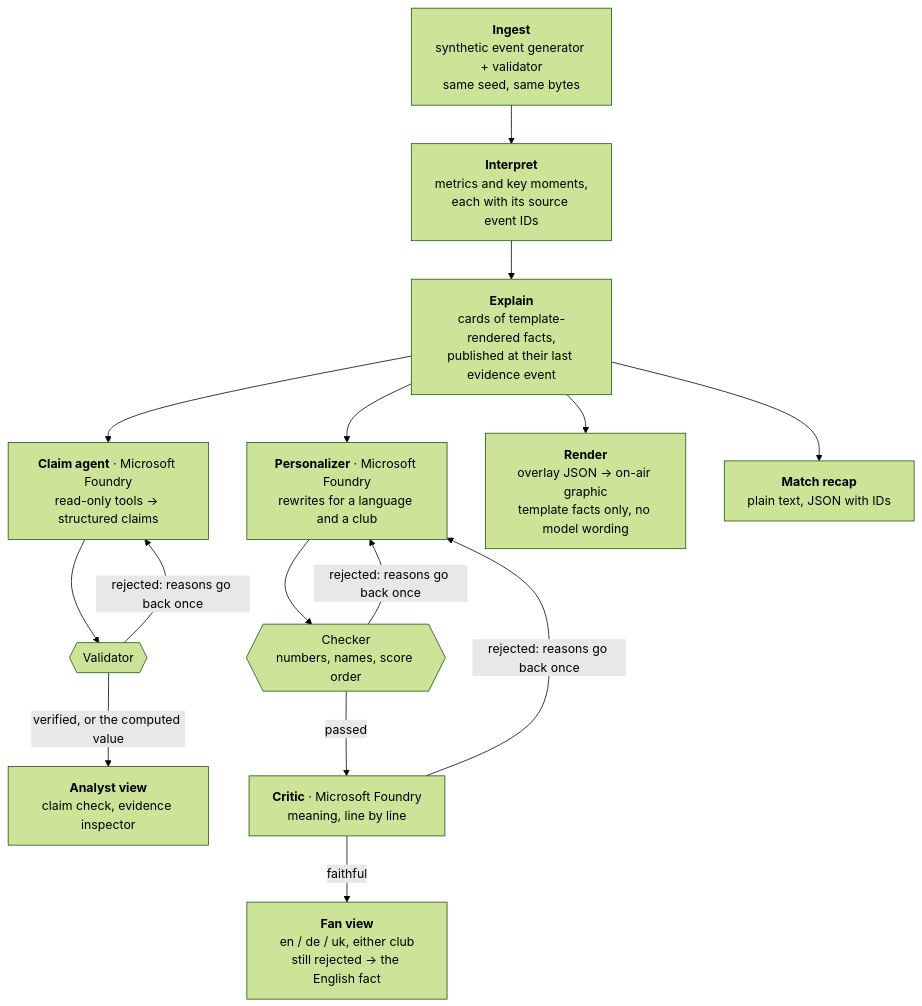
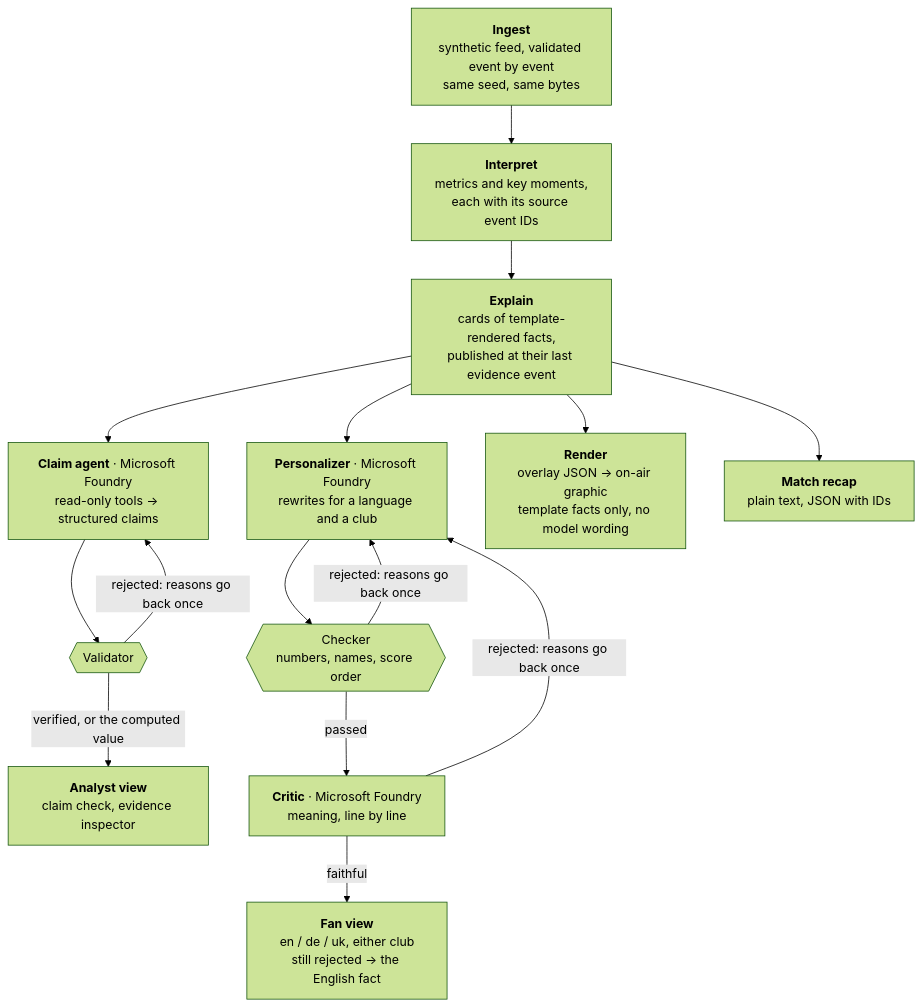
Before and after one commit to vbabenko97/matchlens-ai: the first of 2 diagrams in README.md, drawn with Mermaid (forest theme). The commit also changed other lines of this file and 13 other files, not shown here.

First line of the commit message:
Event-by-event processing: a synthetic feed in, cards out as they are known (#27)

````diff
--- a/README.md
+++ b/README.md
@@ -40,17 +41,17 @@
 ```mermaid
 flowchart TD
-  A["<b>Ingest</b><br/>synthetic event generator + validator<br/>same seed, same bytes"] --> B["<b>Interpret</b><br/>metrics and key moments,<br/>each with its source event IDs"]
+  A["<b>Ingest</b><br/>synthetic feed, validated event by event<br/>same seed, same bytes"] --> B["<b>Interpret</b><br/>metrics and key moments,<br/>each with its source event IDs"]
   B --> C["<b>Explain</b><br/>cards of template-rendered facts,<br/>published at their last evidence event"]
   C --> D["<b>Claim agent</b> · Microsoft Foundry<br/>read-only tools → structured claims"]
   D --> E{{"Validator"}}
   E -- "rejected: reasons go back once" --> D
   E -- "verified, or the computed value" --> F["<b>Analyst view</b><br/>claim check, evidence inspector"]
   C --> G["<b>Personalizer</b> · Microsoft Foundry<br/>rewrites for a language and a club"]
   G --> H{{"Checker<br/>numbers, names, score order"}}
   H -- "passed" --> I["<b>Critic</b> · Microsoft Foundry<br/>meaning, line by line"]
   H -- "rejected: reasons go back once" --> G
   I -- "rejected: reasons go back once" --> G
   I -- "faithful" --> J["<b>Fan view</b><br/>en / de / uk, either club<br/>still rejected → the English fact"]
   C --> K["<b>Render</b><br/>overlay JSON → on-air graphic<br/>template facts only, no model wording"]
   C --> L["<b>Match recap</b><br/>plain text, JSON with IDs"]
 ```
````
